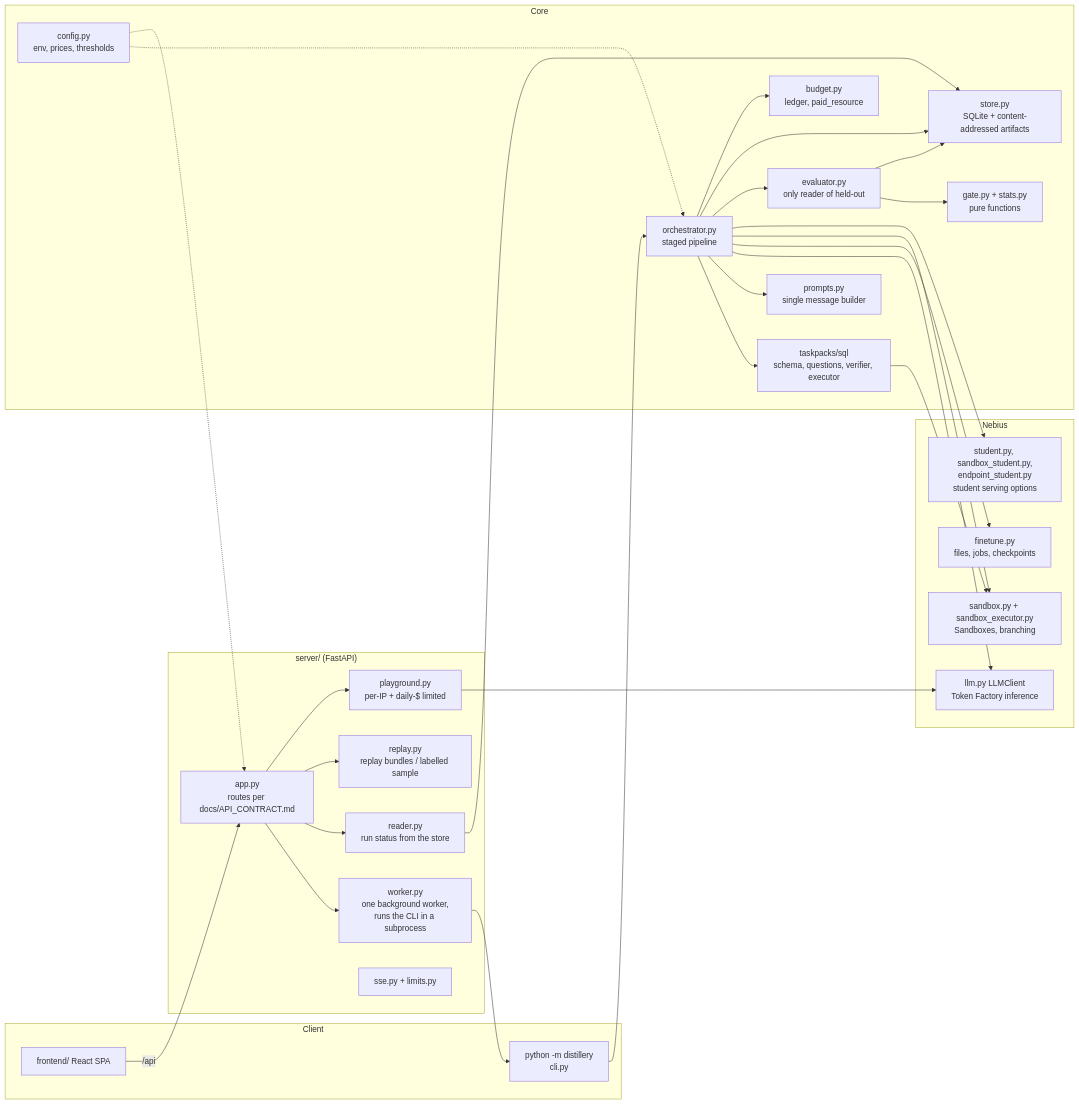
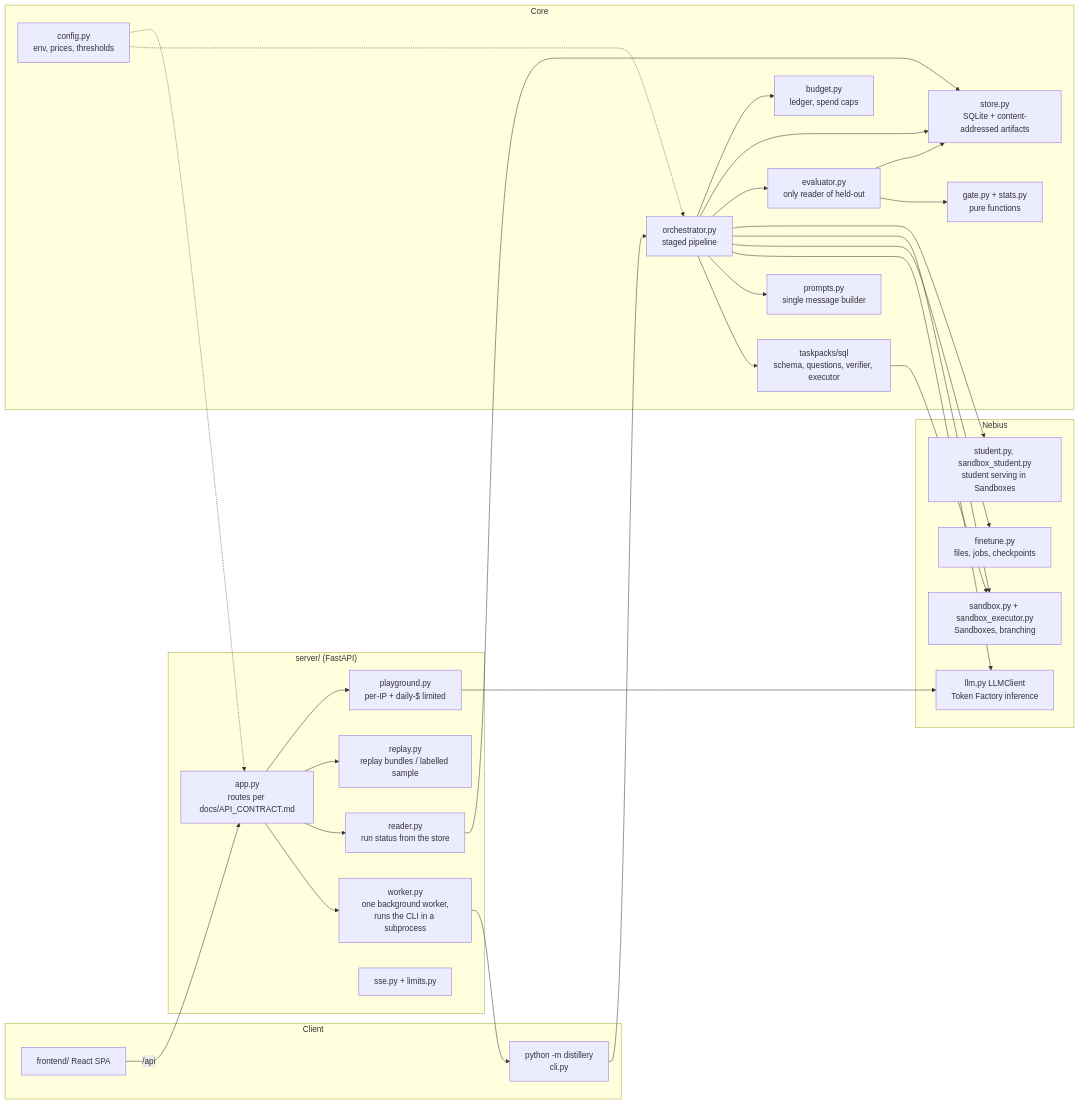
The first of 4 diagrams in docs/ARCHITECTURE.md (Auro-rium/distillery), drawn with Mermaid before and after one commit. The commit also changed other lines of this file and 18 other files, not shown here.

First line of the commit message:
Remove dead code: endpoint student, unused hooks and helpers

````diff
--- a/docs/ARCHITECTURE.md
+++ b/docs/ARCHITECTURE.md
@@ -7,50 +7,50 @@
 ```mermaid
 flowchart LR
     subgraph Client
         UI[frontend/ React SPA]
         CLI[python -m distillery<br/>cli.py]
     end
     subgraph Server["server/ (FastAPI)"]
         APP[app.py<br/>routes per docs/API_CONTRACT.md]
         WK[worker.py<br/>one background worker,<br/>runs the CLI in a subprocess]
         RD[reader.py<br/>run status from the store]
         RP[replay.py<br/>replay bundles / labelled sample]
         PG[playground.py<br/>per-IP + daily-$ limited]
         SSE[sse.py + limits.py]
     end
     subgraph Core
         ORCH[orchestrator.py<br/>staged pipeline]
         PACK[taskpacks/sql<br/>schema, questions, verifier, executor]
         PR[prompts.py<br/>single message builder]
         EV[evaluator.py<br/>only reader of held-out]
         GATE[gate.py + stats.py<br/>pure functions]
         ST[store.py<br/>SQLite + content-addressed artifacts]
-        BUD[budget.py<br/>ledger, paid_resource]
+        BUD[budget.py<br/>ledger, spend caps]
         CFG[config.py<br/>env, prices, thresholds]
     end
     subgraph Nebius
         LLM[llm.py LLMClient<br/>Token Factory inference]
         FT[finetune.py<br/>files, jobs, checkpoints]
         SB[sandbox.py + sandbox_executor.py<br/>Sandboxes, branching]
-        SV[student.py, sandbox_student.py,<br/>endpoint_student.py<br/>student serving options]
+        SV[student.py, sandbox_student.py<br/>student serving in Sandboxes]
     end
     UI -->|/api| APP
     CLI --> ORCH
     APP --> WK --> CLI
     APP --> RD --> ST
     APP --> RP
     APP --> PG --> LLM
     ORCH --> PACK
     ORCH --> PR
     ORCH --> LLM
     ORCH --> FT
     ORCH --> SB
     ORCH --> SV
     ORCH --> EV --> GATE
     ORCH --> ST
     ORCH --> BUD
     EV --> ST
     PACK --> SB
     CFG -.-> ORCH
     CFG -.-> APP
 ```
````
